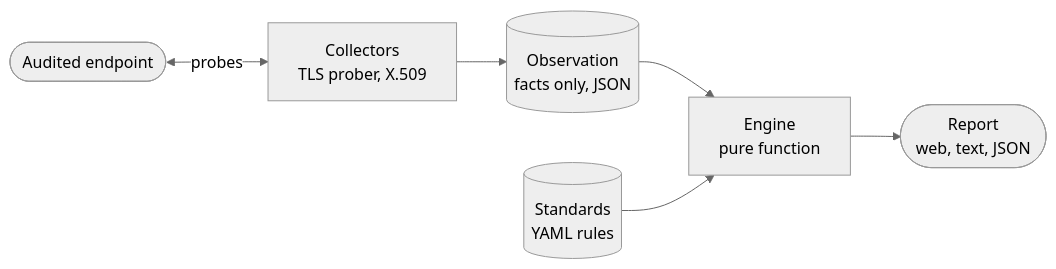
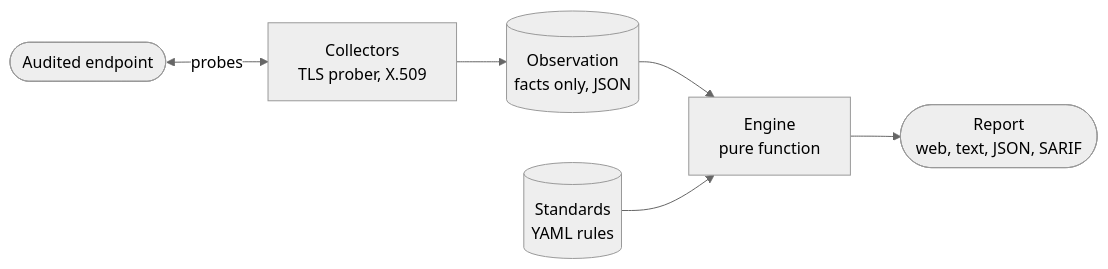
The diagram in README.md (maksymkisil2/tr02102-audit), drawn with Mermaid (neutral theme) before and after one commit. The commit also changed other lines of this file and 9 other files, not shown here.

````diff
--- a/README.md
+++ b/README.md
@@ -87,13 +125,13 @@
 ```mermaid
 flowchart LR
     target(["Audited endpoint"])
     collectors["Collectors<br/>TLS prober, X.509"]
     obs[("Observation<br/>facts only, JSON")]
     standards[("Standards<br/>YAML rules")]
     engine["Engine<br/>pure function"]
-    out(["Report<br/>web, text, JSON"])
+    out(["Report<br/>web, text, JSON, SARIF"])
 
     target <-->|"probes"| collectors
     collectors --> obs --> engine
     standards --> engine --> out
 ```
````
